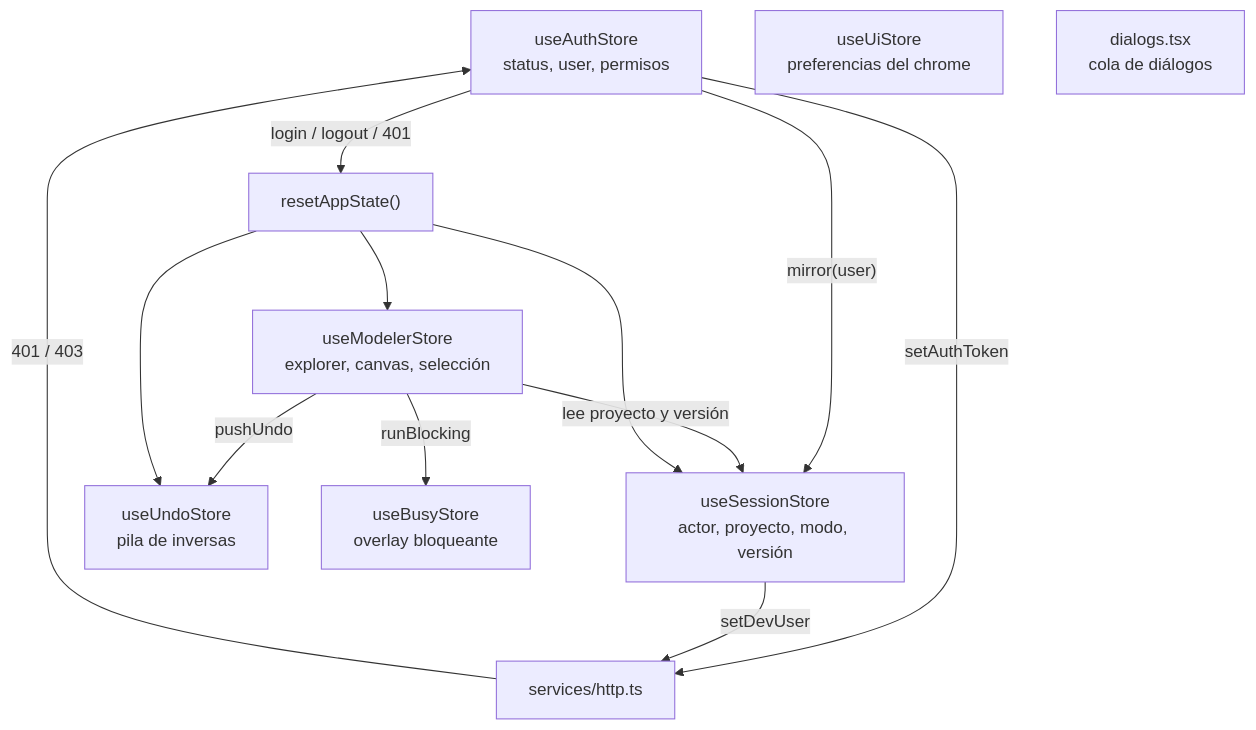
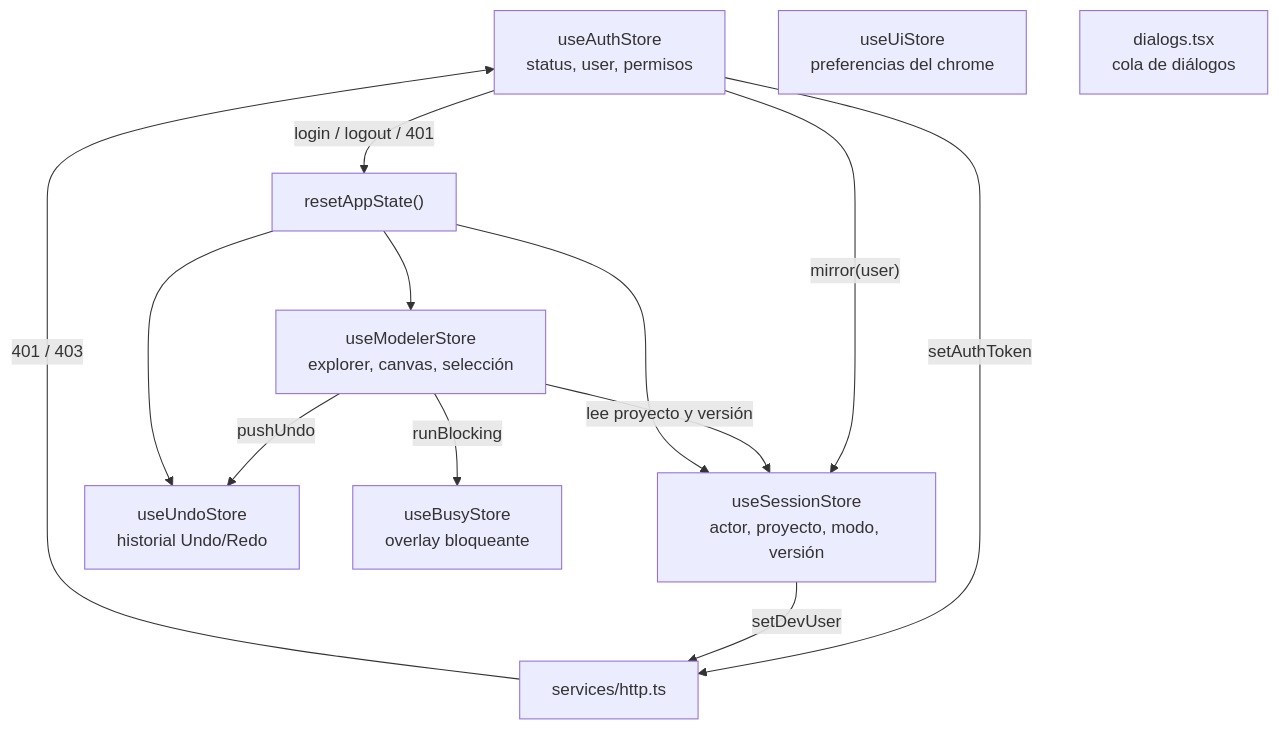
Before and after one commit to Carlosmps97/web-data-model-hub: the fifth of 5 diagrams in docs/02-arquitectura.md, drawn with Mermaid. The commit also changed other lines of this file and 54 other files, not shown here.

````diff
--- a/docs/02-arquitectura.md
+++ b/docs/02-arquitectura.md
@@ -355,24 +355,24 @@
 ```mermaid
 flowchart TD
   Auth["useAuthStore<br/>status, user, permisos"]
   Session["useSessionStore<br/>actor, proyecto, modo, versión"]
   Modeler["useModelerStore<br/>explorer, canvas, selección"]
-  Undo["useUndoStore<br/>pila de inversas"]
+  Undo["useUndoStore<br/>historial Undo/Redo"]
   Ui["useUiStore<br/>preferencias del chrome"]
   Busy["useBusyStore<br/>overlay bloqueante"]
   Dialogs["dialogs.tsx<br/>cola de diálogos"]
   Reset["resetAppState()"]
   Http["services/http.ts"]
 
   Auth -- "mirror(user)" --> Session
   Auth -- "setAuthToken" --> Http
   Session -- "setDevUser" --> Http
   Http -- "401 / 403" --> Auth
   Modeler -- "lee proyecto y versión" --> Session
   Modeler -- "pushUndo" --> Undo
   Modeler -- "runBlocking" --> Busy
   Auth -- "login / logout / 401" --> Reset
   Reset --> Session
   Reset --> Modeler
   Reset --> Undo
 ```
````
